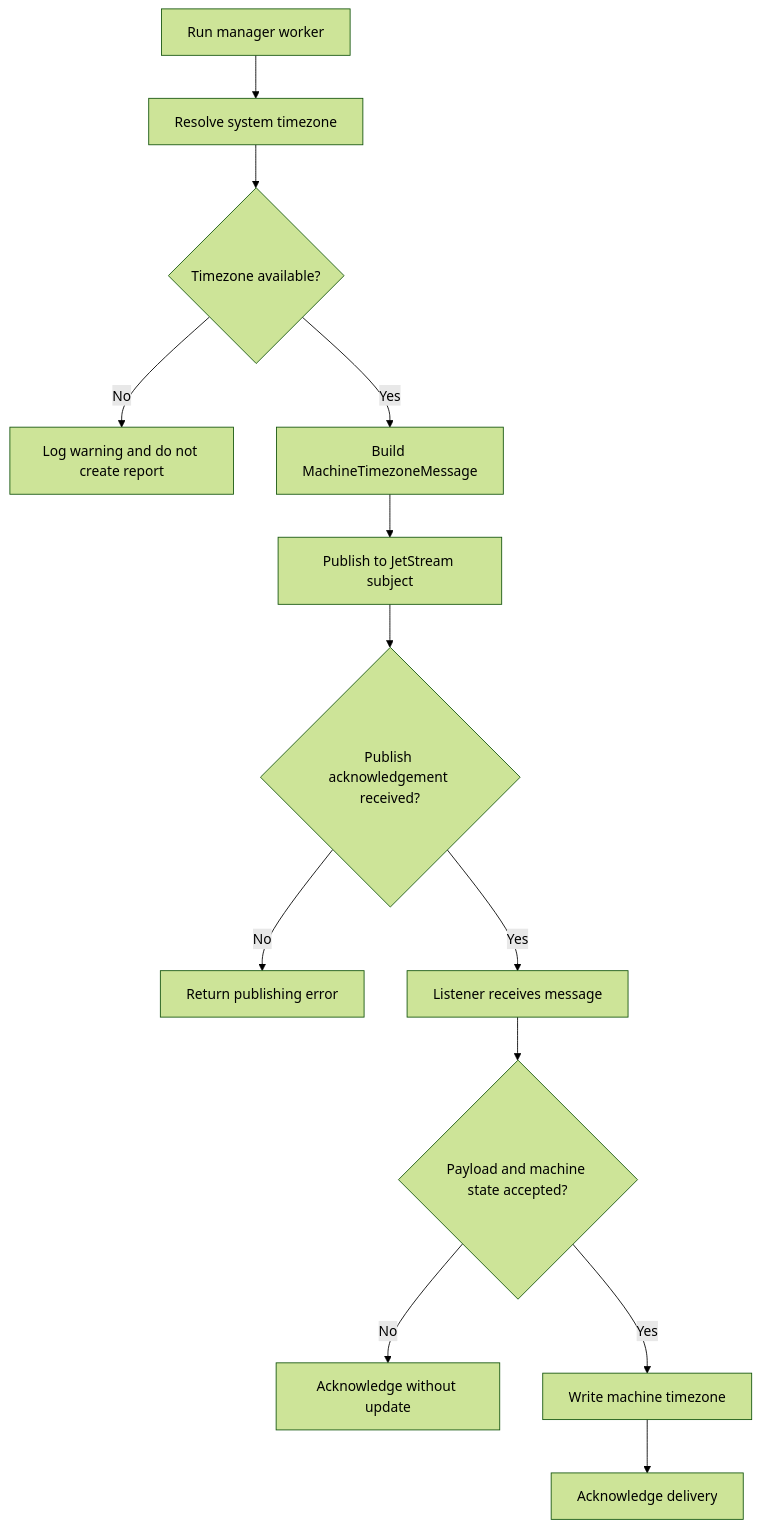
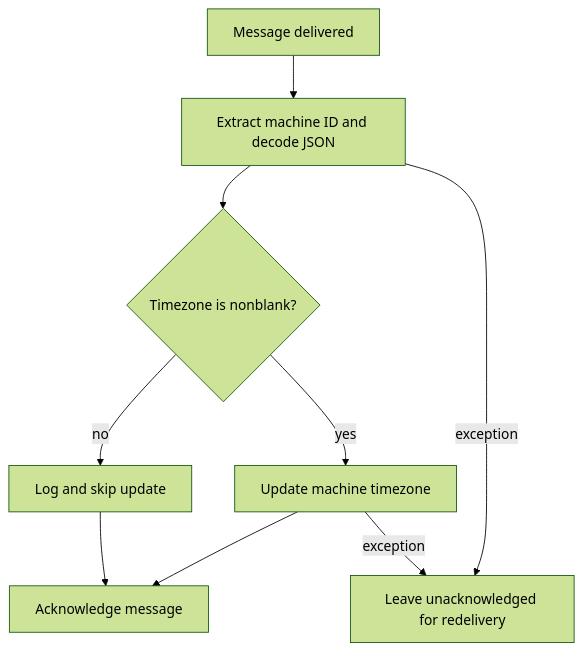
One commit to flamingo-stack/openframe-oss-tenant changed the fourth of 4 diagrams in docs/reference/architecture/openframe-client-core/model-machine-timezone/model-machine-timezone.md. Above: the diagram before and after it, drawn with Mermaid (forest theme). The commit also changed other lines of this file and 2377 other files, not shown here.

````diff
--- a/docs/reference/architecture/openframe-client-core/model-machine-timezone/model-machine-timezone.md
+++ b/docs/reference/architecture/openframe-client-core/model-machine-timezone/model-machine-timezone.md
@@ -90,15 +89,11 @@
 ```mermaid
 flowchart TD
-    Start["Run manager worker"] --> Resolve["Resolve system timezone"]
-    Resolve --> Available{"Timezone available?"}
-    Available -->|"No"| LocalWarning["Log warning and do not create report"]
-    Available -->|"Yes"| Build["Build MachineTimezoneMessage"]
-    Build --> Publish["Publish to JetStream subject"]
-    Publish --> Acked{"Publish acknowledgement received?"}
-    Acked -->|"No"| PublishError["Return publishing error"]
-    Acked -->|"Yes"| Deliver["Listener receives message"]
-    Deliver --> Valid{"Payload and machine state accepted?"}
-    Valid -->|"No"| Ignore["Acknowledge without update"]
-    Valid -->|"Yes"| Persist["Write machine timezone"]
-    Persist --> Complete["Acknowledge delivery"]
+    Received["Message delivered"] --> Decode["Extract machine ID and decode JSON"]
+    Decode --> Valid{"Timezone is nonblank?"}
+    Valid -->|"yes"| Update["Update machine timezone"]
+    Update --> Ack["Acknowledge message"]
+    Valid -->|"no"| Ignore["Log and skip update"]
+    Ignore --> Ack
+    Decode -->|"exception"| Retry["Leave unacknowledged for redelivery"]
+    Update -->|"exception"| Retry
 ```
````
